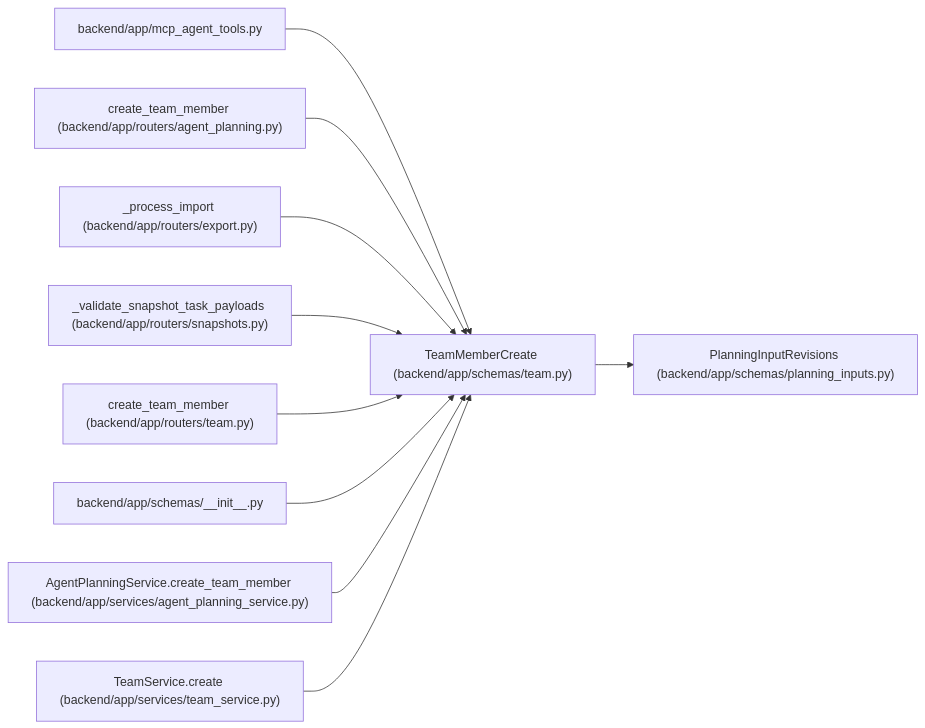
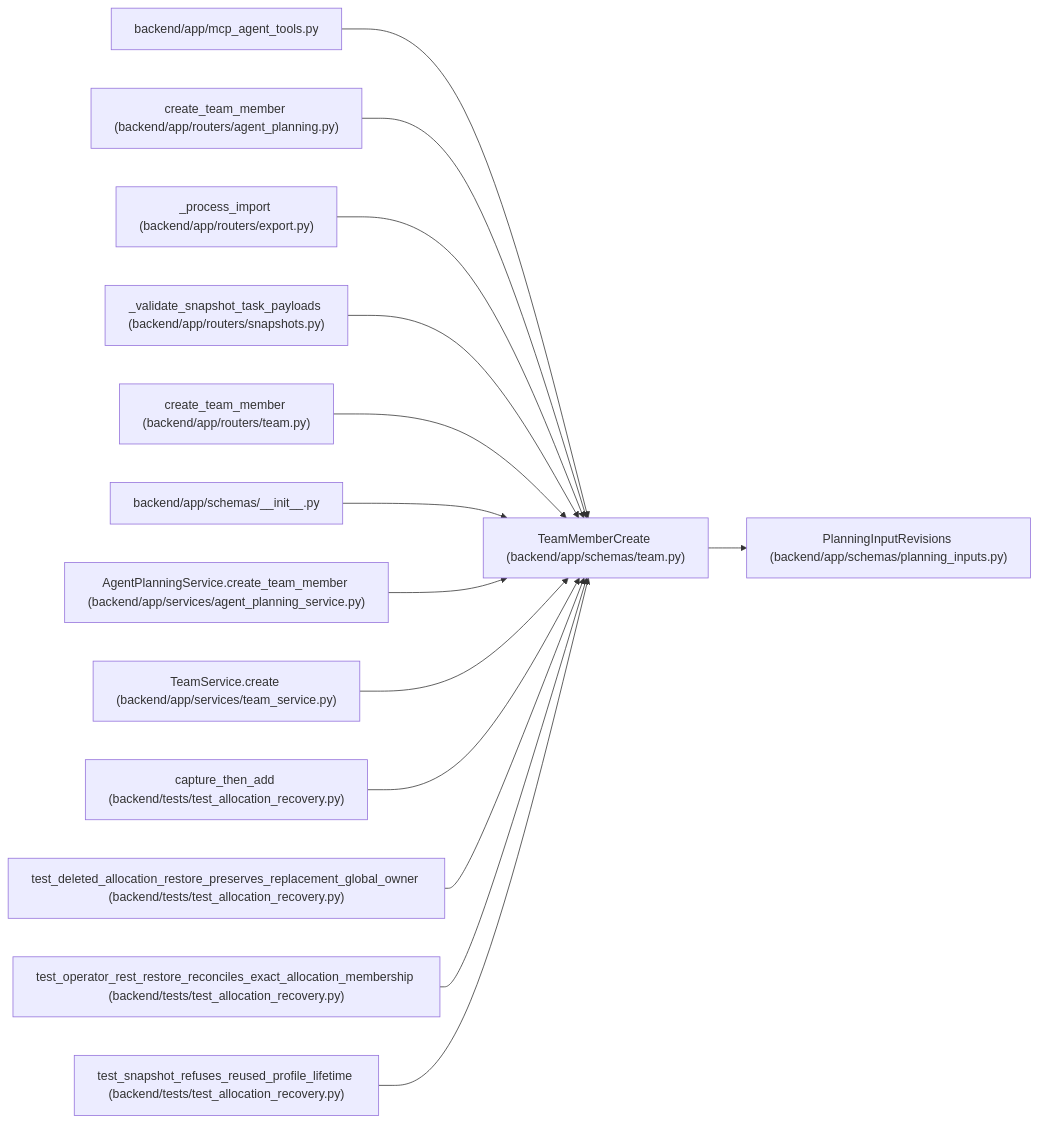
Before and after one commit to Denissvgn/WorkChord: the diagram in docs/llm_wiki/entities/schemas_team_TeamMemberCreate.md, drawn with Mermaid. The commit also changed other lines of this file and 10148 other files, not shown here.

````diff
--- a/docs/llm_wiki/entities/schemas_team_TeamMemberCreate.md
+++ b/docs/llm_wiki/entities/schemas_team_TeamMemberCreate.md
@@ -31,32 +31,44 @@
 ```mermaid
 flowchart LR
     n0["TeamMemberCreate (backend/app/schemas/team.py)"]
     n1["PlanningInputRevisions (backend/app/schemas/planning_inputs.py)"]
     n2["backend/app/mcp_agent_tools.py"]
     n3["create_team_member (backend/app/routers/agent_planning.py)"]
     n4["_process_import (backend/app/routers/export.py)"]
     n5["_validate_snapshot_task_payloads (backend/app/routers/snapshots.py)"]
     n6["create_team_member (backend/app/routers/team.py)"]
     n7["backend/app/schemas/__init__.py"]
     n8["AgentPlanningService.create_team_member (backend/app/services/agent_planning_service.py)"]
     n9["TeamService.create (backend/app/services/team_service.py)"]
+    n10["capture_then_add (backend/tests/test_allocation_recovery.py)"]
+    n11["test_deleted_allocation_restore_preserves_replacement_global_owner (backend/tests/test_allocation_recovery.py)"]
+    n12["test_operator_rest_restore_reconciles_exact_allocation_membership (backend/tests/test_allocation_recovery.py)"]
+    n13["test_snapshot_refuses_reused_profile_lifetime (backend/tests/test_allocation_recovery.py)"]
     n0 --> n1
     n2 --> n0
     n3 --> n0
     n4 --> n0
     n5 --> n0
     n6 --> n0
     n7 --> n0
     n8 --> n0
     n9 --> n0
+    n10 --> n0
+    n11 --> n0
+    n12 --> n0
+    n13 --> n0
     click n0 "../modules/schemas_team.md"
     click n1 "../modules/planning_inputs.md"
     click n2 "../modules/mcp_agent_tools.md"
     click n3 "../modules/routers_agent_planning.md"
     click n4 "../modules/export.md"
     click n5 "../modules/snapshots.md"
     click n6 "../modules/routers_team.md"
     click n7 "../modules/schemas___init__.md"
     click n8 "../modules/agent_planning_service.md"
     click n9 "../modules/team_service.md"
+    click n10 "../modules/test_allocation_recovery.md"
+    click n11 "../modules/test_allocation_recovery.md"
+    click n12 "../modules/test_allocation_recovery.md"
+    click n13 "../modules/test_allocation_recovery.md"
 ```
````
